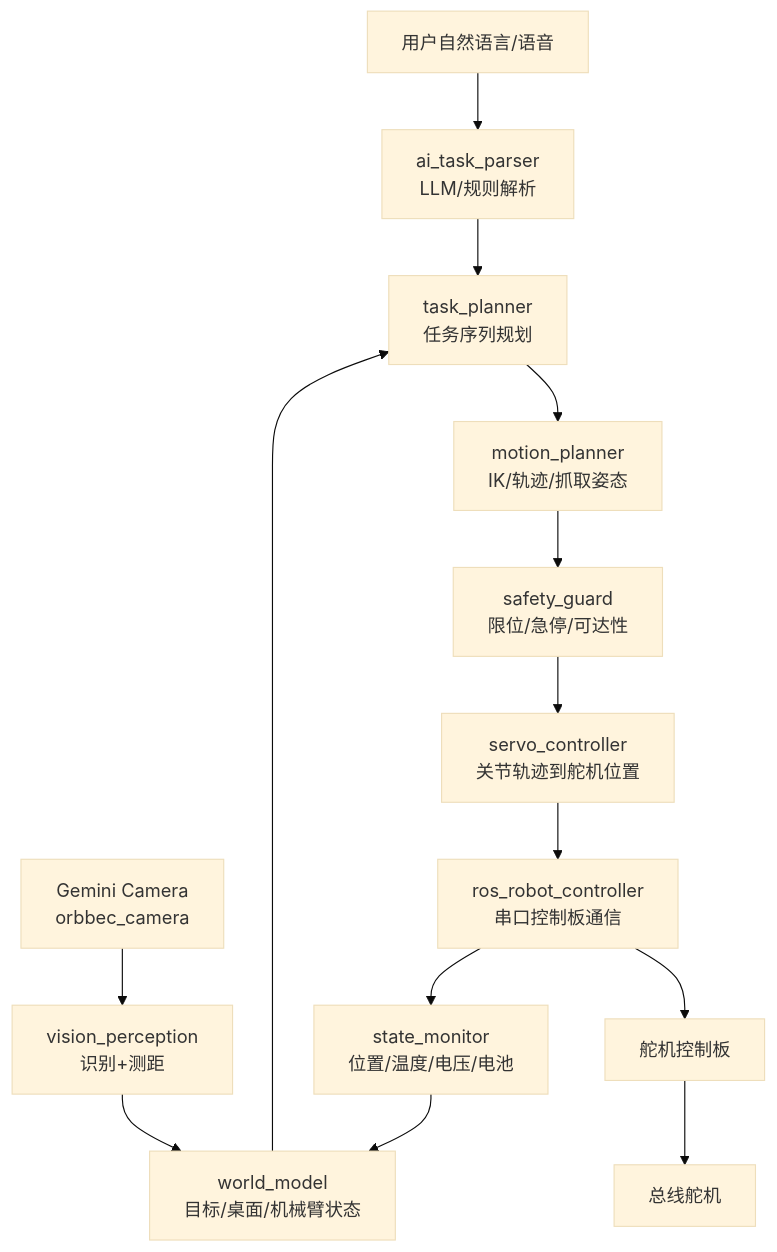
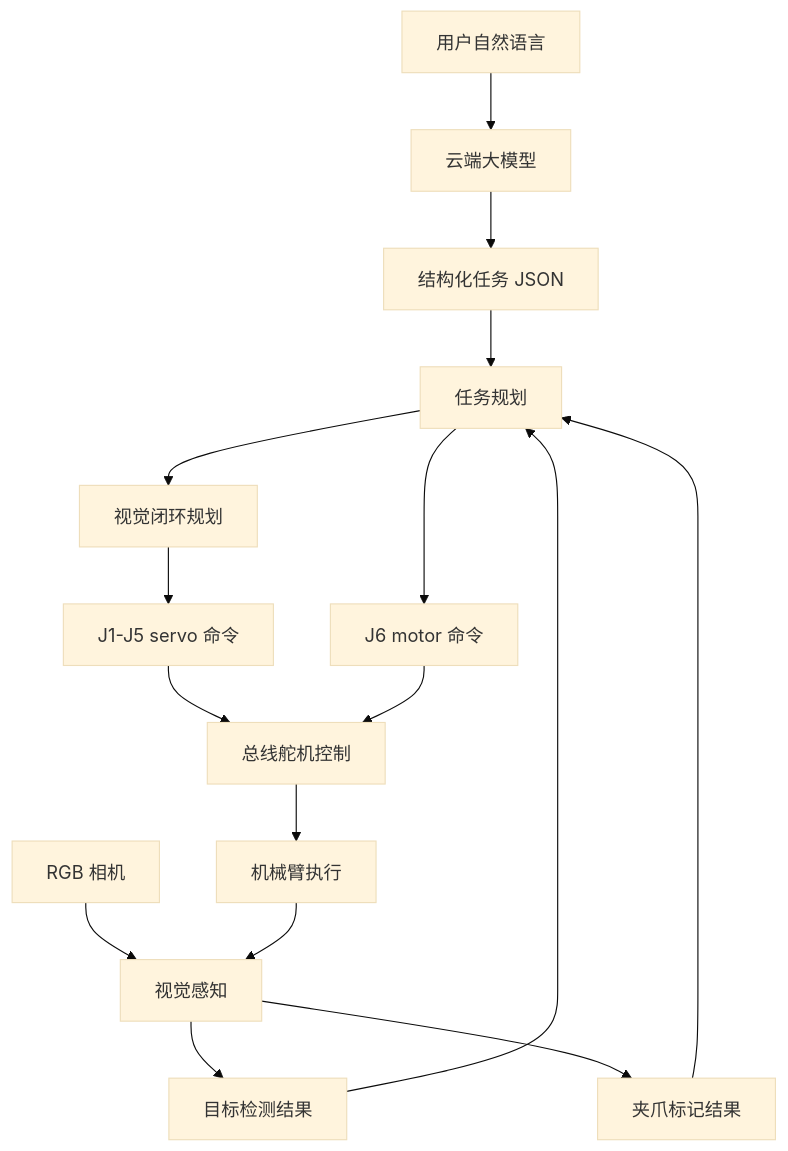
One commit to gkottakelin/intel-dk2500 changed the diagram in 项目架构规划/AI视觉自然语言机械臂项目架构规划.md. Above: the diagram before and after it, drawn with Mermaid (base theme). The commit also changed other lines of this file and 16 other files, not shown here.

````diff
--- a/项目架构规划/AI视觉自然语言机械臂项目架构规划.md
+++ b/项目架构规划/AI视觉自然语言机械臂项目架构规划.md
@@ -193,16 +41,18 @@
 ```mermaid
-flowchart TB
-    U["用户自然语言/语音"] --> L["ai_task_parser<br/>LLM/规则解析"]
-    G["Gemini Camera<br/>orbbec_camera"] --> V["vision_perception<br/>识别+测距"]
-    V --> W["world_model<br/>目标/桌面/机械臂状态"]
-    L --> T["task_planner<br/>任务序列规划"]
-    W --> T
-    T --> M["motion_planner<br/>IK/轨迹/抓取姿态"]
-    M --> SG["safety_guard<br/>限位/急停/可达性"]
-    SG --> SC["servo_controller<br/>关节轨迹到舵机位置"]
-    SC --> RC["ros_robot_controller<br/>串口控制板通信"]
-    RC --> B["舵机控制板"]
-    B --> S["总线舵机"]
-    RC --> F["state_monitor<br/>位置/温度/电压/电池"]
-    F --> W
+flowchart TD
+    U["用户自然语言"] --> L["云端大模型"]
+    L --> T["结构化任务 JSON"]
+    C["RGB 相机"] --> V["视觉感知"]
+    V --> O["目标检测结果"]
+    V --> G["夹爪标记结果"]
+    T --> P["任务规划"]
+    O --> P
+    G --> P
+    P --> S["视觉闭环规划"]
+    S --> J["J1-J5 servo 命令"]
+    P --> M["J6 motor 命令"]
+    J --> B["总线舵机控制"]
+    M --> B
+    B --> R["机械臂执行"]
+    R --> V
 ```
````
